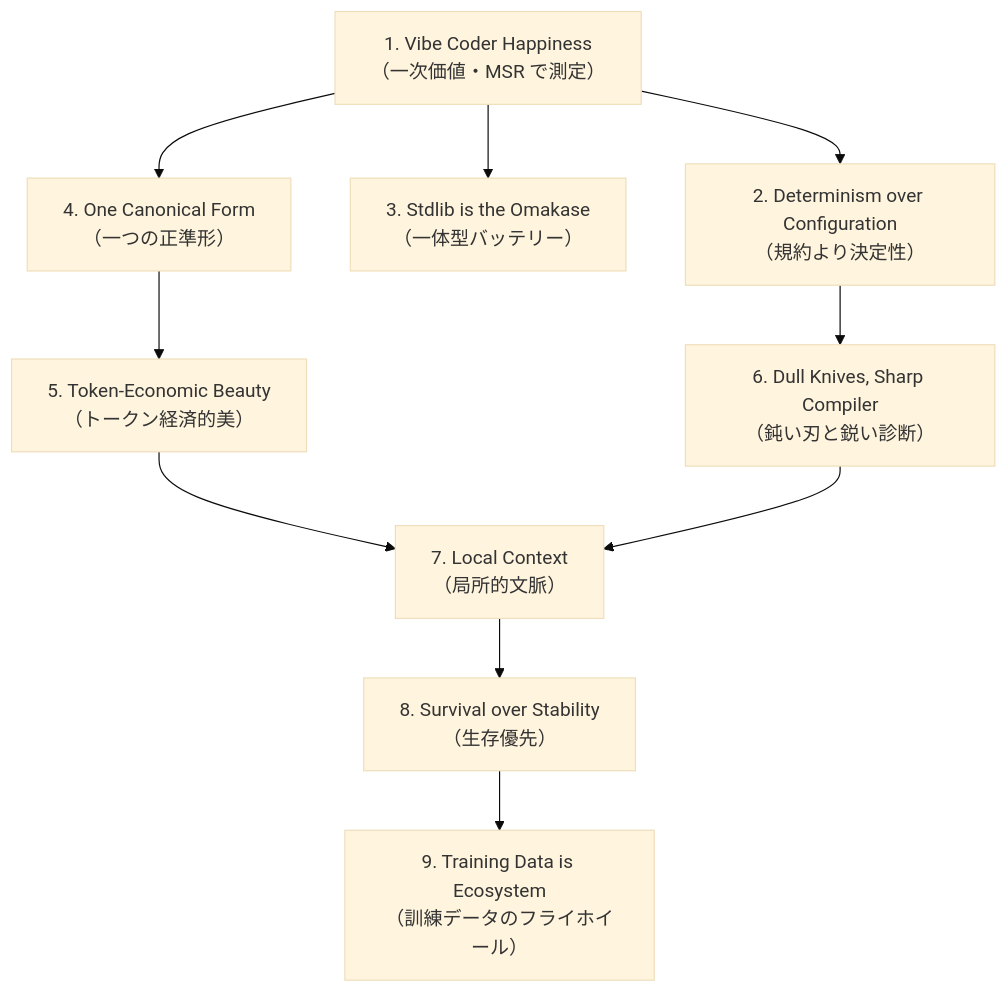
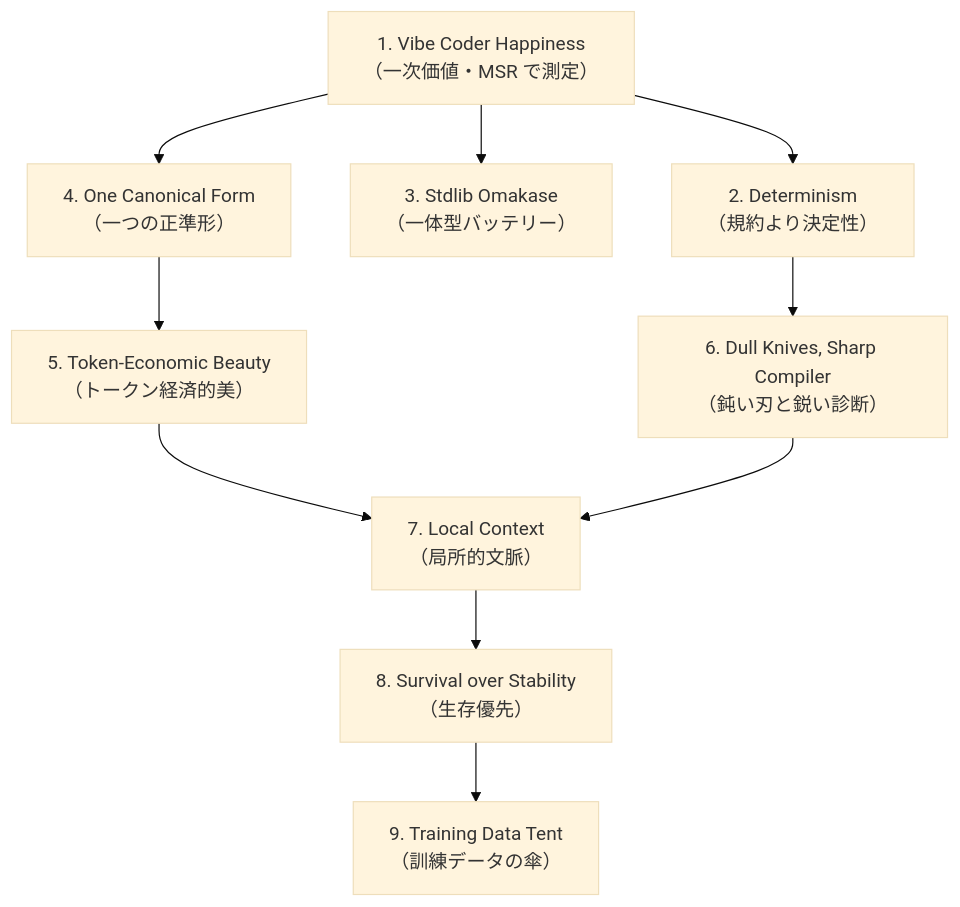
Before and after one commit to O6lvl4/O6lvl4-knowledge: the diagram in vault/the-almide-doctrine.md, drawn with Mermaid (base theme). The commit also changed other lines of this file, not shown here.

````diff
--- a/vault/the-almide-doctrine.md
+++ b/vault/the-almide-doctrine.md
@@ -219,16 +175,16 @@
 ```mermaid
 flowchart TD
     Vibe["1. Vibe Coder Happiness<br/>（一次価値・MSR で測定）"]
-    Vibe --> Det["2. Determinism over Configuration<br/>（規約より決定性）"]
-    Vibe --> Std["3. Stdlib is the Omakase<br/>（一体型バッテリー）"]
+    Vibe --> Det["2. Determinism<br/>（規約より決定性）"]
+    Vibe --> Std["3. Stdlib Omakase<br/>（一体型バッテリー）"]
     Vibe --> One["4. One Canonical Form<br/>（一つの正準形）"]
 
     One --> Token["5. Token-Economic Beauty<br/>（トークン経済的美）"]
     Det --> Dull["6. Dull Knives, Sharp Compiler<br/>（鈍い刃と鋭い診断）"]
 
     Token --> Local["7. Local Context<br/>（局所的文脈）"]
     Dull --> Local
 
     Local --> Survival["8. Survival over Stability<br/>（生存優先）"]
-    Survival --> Training["9. Training Data is Ecosystem<br/>（訓練データのフライホイール）"]
+    Survival --> Training["9. Training Data Tent<br/>（訓練データの傘）"]
 ```
````
